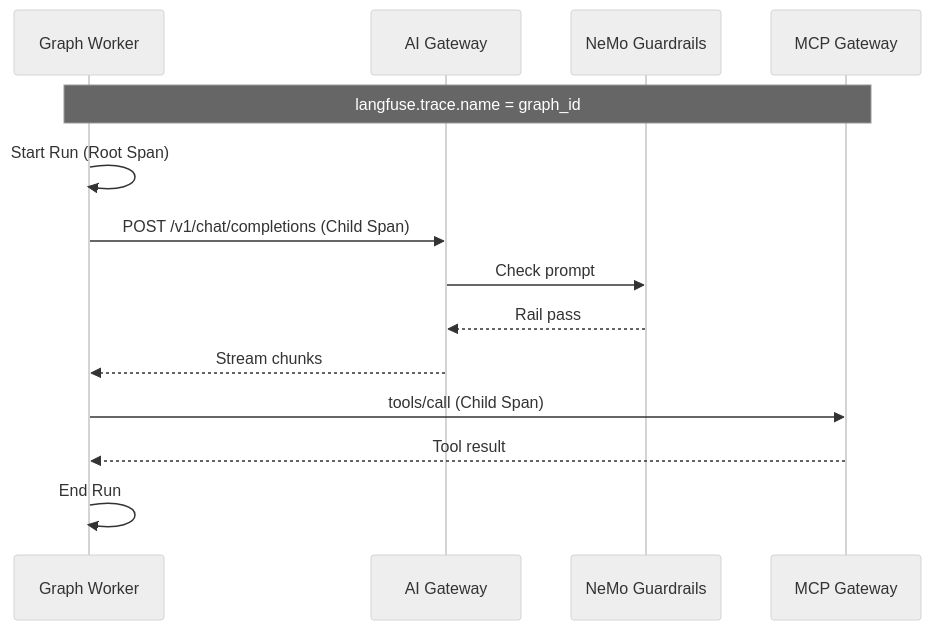
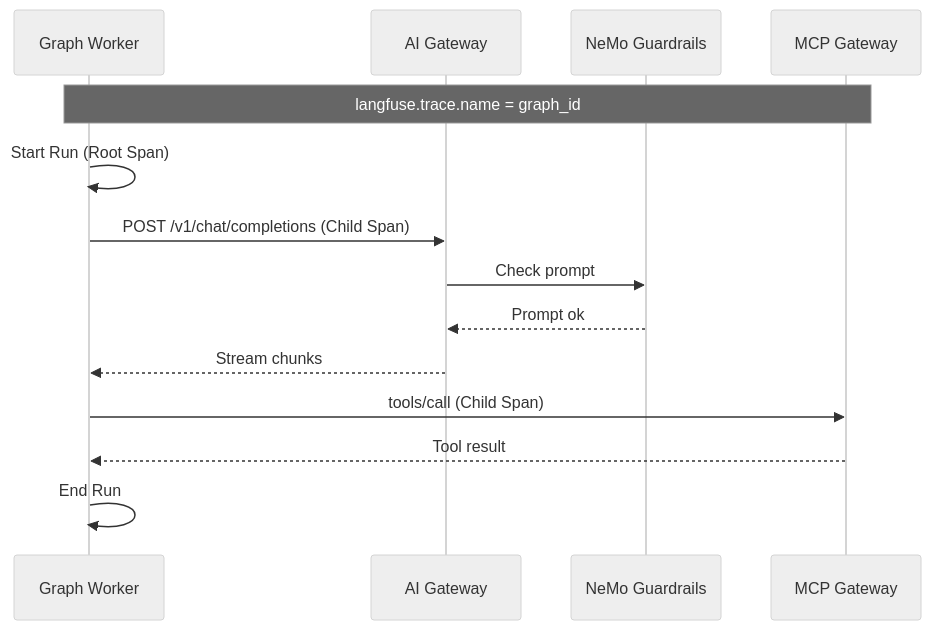
Before and after one commit to devopssquaddev/zelkor-platform: the diagram in docs/architecture-trace.md, drawn with Mermaid. The commit also changed other lines of this file and 24 other files, not shown here.

````diff
--- a/docs/architecture-trace.md
+++ b/docs/architecture-trace.md
@@ -18,22 +24,22 @@
 ```mermaid
 ---
 config:
   theme: neutral
 ---
 sequenceDiagram
     participant Aegra as Graph Worker
     participant AIGW as AI Gateway
     participant NeMo as NeMo Guardrails
     participant MCP as MCP Gateway
 
     Note over Aegra,MCP: langfuse.trace.name = graph_id
 
     Aegra->>Aegra: Start Run (Root Span)
     Aegra->>AIGW: POST /v1/chat/completions (Child Span)
     AIGW->>NeMo: Check prompt
-    NeMo-->>AIGW: Rail pass
+    NeMo-->>AIGW: Prompt ok
     AIGW-->>Aegra: Stream chunks
     Aegra->>MCP: tools/call (Child Span)
     MCP-->>Aegra: Tool result
     Aegra->>Aegra: End Run
 ```
````
